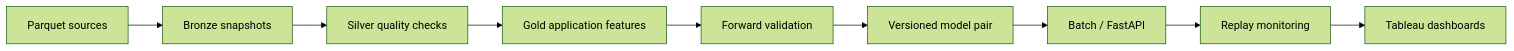
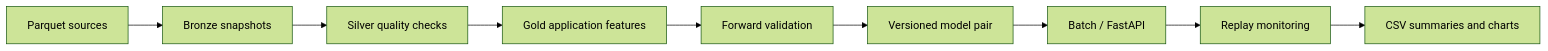
One commit to NotMyFault8/home-credit-credit-risk-model-stability changed the diagram in README.md. Above: the diagram before and after it, drawn with Mermaid (forest theme). The commit also changed other lines of this file, not shown here.

Commit message:
Remove Tableau dashboard and clarify reporting deliverables

````diff
--- a/README.md
+++ b/README.md
@@ -55,11 +55,11 @@
 ```mermaid
 flowchart LR
   A[Parquet sources] --> B[Bronze snapshots]
   B --> C[Silver quality checks]
   C --> D[Gold application features]
   D --> E[Forward validation]
   E --> F[Versioned model pair]
   F --> G[Batch / FastAPI]
   G --> H[Replay monitoring]
-  H --> I[Tableau dashboards]
+  H --> I[CSV summaries and charts]
 ```
````
